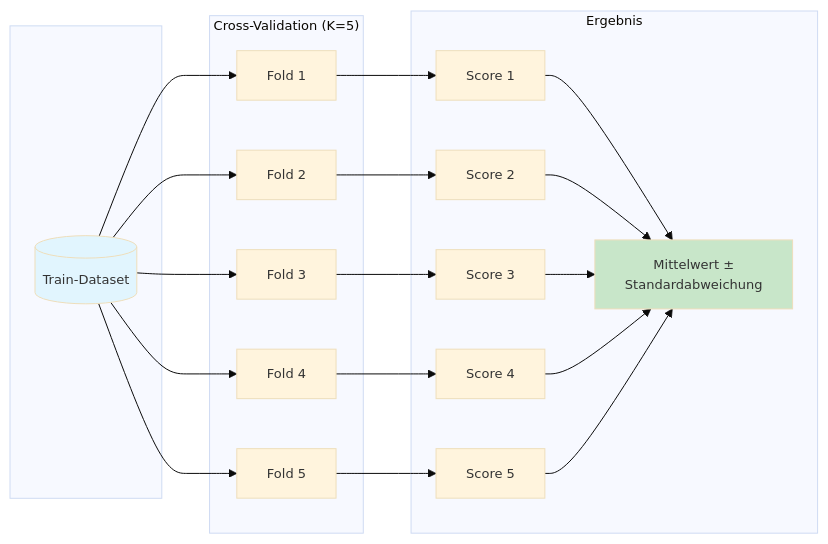
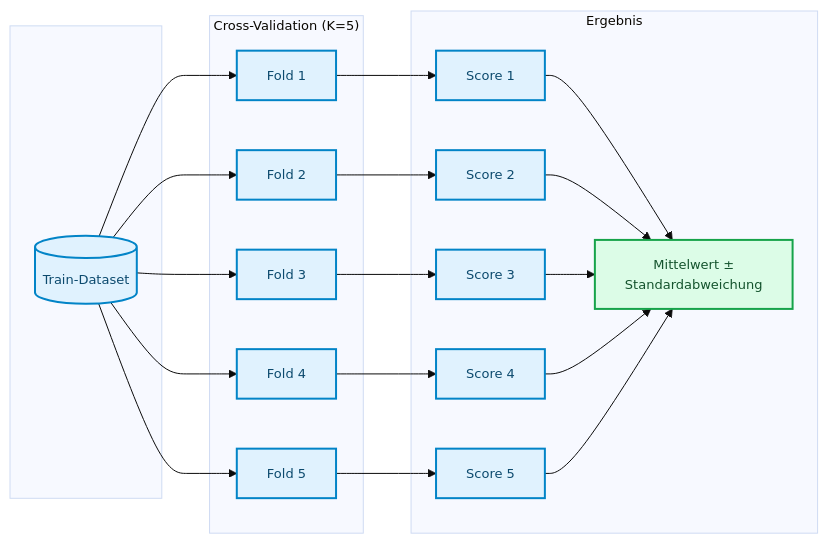
The first of 9 diagrams in docs/concepts/evaluate/cross_validation.md (ralf-42/ML_Intro), drawn with Mermaid before and after one commit. The commit also changed other lines of this file and 67 other files, not shown here.

````diff
--- a/docs/concepts/evaluate/cross_validation.md
+++ b/docs/concepts/evaluate/cross_validation.md
@@ -34,31 +34,32 @@
 ```mermaid
 %%{init: {'theme': 'base', 'themeVariables': {'fontSize': '13px'}}}%%
 flowchart LR
     subgraph input[" "]
         D[("Train-Dataset")]
     end
     
     subgraph cv["Cross-Validation (K=5)"]
         D --> F1["Fold 1"]
         D --> F2["Fold 2"]
         D --> F3["Fold 3"]
         D --> F4["Fold 4"]
         D --> F5["Fold 5"]
     end
     
     subgraph result["Ergebnis"]
         F1 --> S["Score 1"]
         F2 --> S2["Score 2"]
         F3 --> S3["Score 3"]
         F4 --> S4["Score 4"]
         F5 --> S5["Score 5"]
         S --> M["Mittelwert ±<br/>Standardabweichung"]
         S2 --> M
         S3 --> M
         S4 --> M
         S5 --> M
     end
-    
-    style D fill:#e1f5fe
-    style M fill:#c8e6c9
+
+classDef default fill:#e0f2fe,stroke:#0284c7,stroke-width:2px,color:#0c4a6e;
+classDef output fill:#dcfce7,stroke:#16a34a,stroke-width:2px,color:#14532d;
+class M output;
 ```
````
